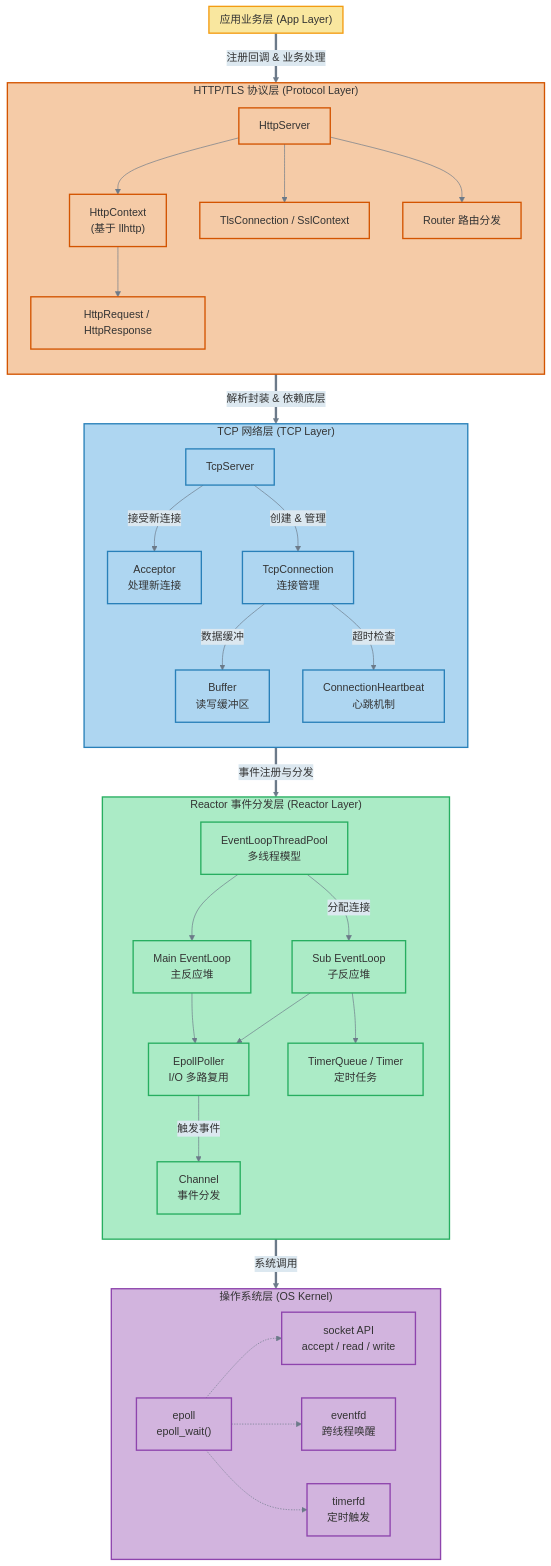
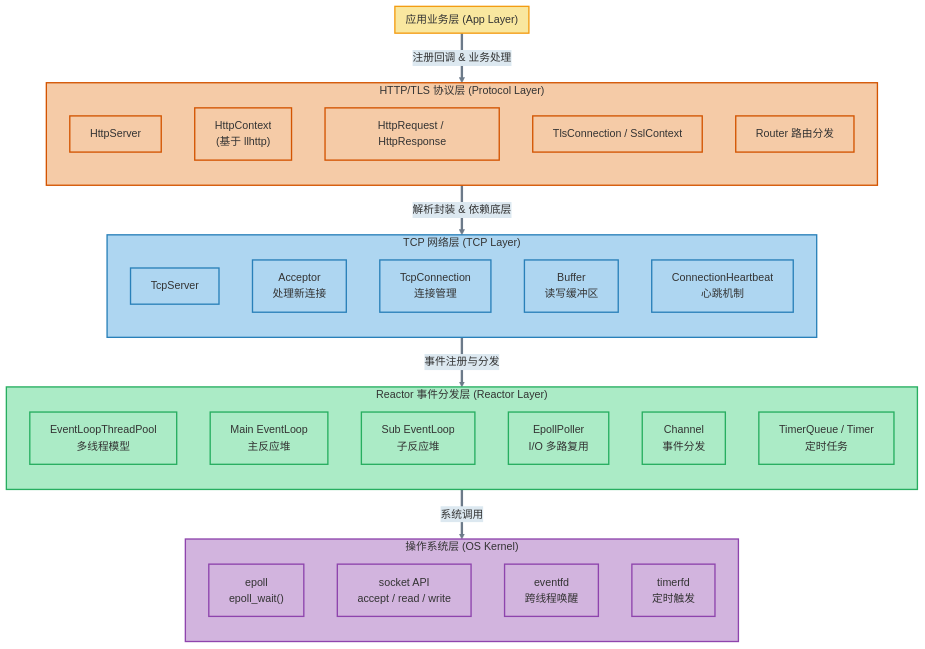
The first of 2 diagrams in README.md (WenXingming/Tudou), drawn with Mermaid before and after one commit.

Commit message:
Update: README

```diff
--- a/README.md
+++ b/README.md
@@ -78,11 +78,6 @@
     HttpReq["HttpRequest / HttpResponse"]
     TlsConn["TlsConnection / SslContext"]
     Router2["Router 路由分发"]
-
-    HttpSrv --> HttpCtx
-    HttpSrv --> TlsConn
-    HttpCtx --> HttpReq
-    HttpSrv --> Router2
   end
 
   subgraph NetLayer ["TCP 网络层 (TCP Layer)"]
@@ -92,11 +87,6 @@
     TcpConn["TcpConnection\n连接管理"]
     Buffer2["Buffer\n读写缓冲区"]
     Heartbeat2["ConnectionHeartbeat\n心跳机制"]
-
-    TcpSrv -->|接受新连接| Acceptor2
-    TcpSrv -->|创建 & 管理| TcpConn
-    TcpConn -->|数据缓冲| Buffer2
-    TcpConn -->|超时检查| Heartbeat2
   end
 
   subgraph ReactorLayer ["Reactor 事件分发层 (Reactor Layer)"]
@@ -107,25 +97,14 @@
     Poller2["EpollPoller\nI/O 多路复用"]
     Channel2["Channel\n事件分发"]
     TimerQ["TimerQueue / Timer\n定时任务"]
-
-    ThreadPool --> MainLoop2
-    ThreadPool -->|分配连接| SubLoop
-    MainLoop2 --> Poller2
-    SubLoop --> Poller2
-    Poller2 -->|触发事件| Channel2
-    SubLoop --> TimerQ
   end
 
   subgraph OS_Kernel ["操作系统层 (OS Kernel)"]
-    direction LR
+    direction TB
     Epoll["epoll\nepoll_wait()"]
     Socket["socket API\naccept / read / write"]
     EventFd["eventfd\n跨线程唤醒"]
     TimerFd["timerfd\n定时触发"]
-
-    Epoll -.-> Socket
-    Epoll -.-> EventFd
-    Epoll -.-> TimerFd
   end
 
   AppBusiness ==>|注册回调 & 业务处理| HttpLayer
```
